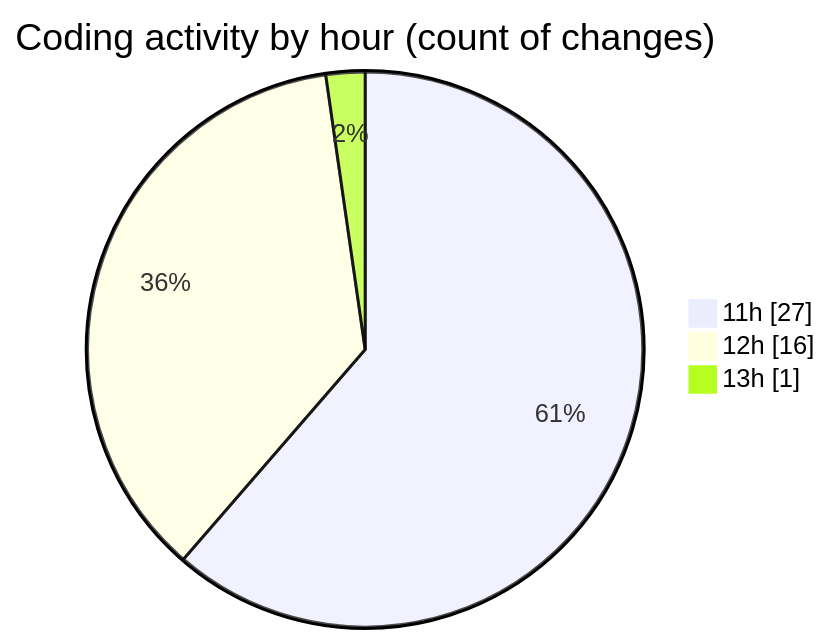
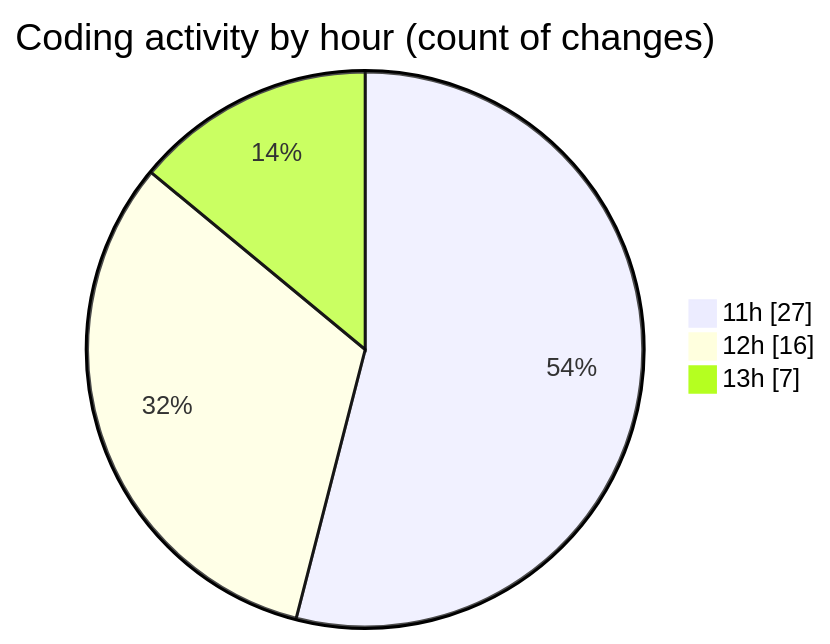
Before and after one commit to MatusMokan/code-tracking: the second of 2 diagrams in 2025-04-18/myws__workspace_/README.md, drawn with Mermaid. The commit also changed other lines of this file and 1 other file, not shown here.

````diff
--- a/2025-04-18/myws__workspace_/README.md
+++ b/2025-04-18/myws__workspace_/README.md
@@ -28,7 +28,7 @@
 ```mermaid
 pie showData
 title Coding activity by hour (count of changes)
 "11h" : 27
 "12h" : 16
-"13h" : 1
+"13h" : 7
 ```
````
